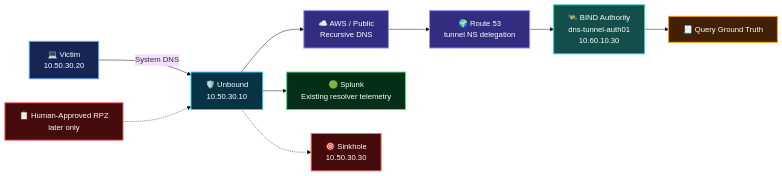
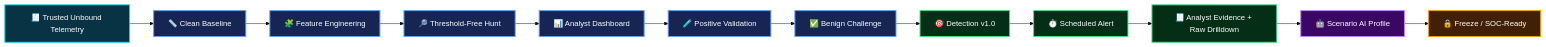
The diagram in README.md (DNSentinel-Lab/Scenario-04-DNS-Tunneling), drawn with Mermaid (base theme) before and after one commit. The commit also changed other lines of this file and 2 other files, not shown here.

Commit message:
docs(status): mark Scenario 04 SOC-ready

````diff
--- a/README.md
+++ b/README.md
@@ -93,27 +91,26 @@
 ```mermaid
 flowchart LR
-    V["💻 Victim<br/>10.50.30.20"] -->|System DNS| R["🛡️ Unbound<br/>10.50.30.10"]
-    R --> U["☁️ AWS / Public<br/>Recursive DNS"]
-    U --> D["🌍 Route 53<br/>tunnel NS delegation"]
-    D --> A["🛰️ BIND Authority<br/>dns-tunnel-auth01<br/>10.60.10.30"]
-    A --> G["🧾 Query Ground Truth"]
-    R --> S["🟢 Splunk<br/>Existing resolver telemetry"]
-    RPZ["📋 Human-Approved RPZ<br/>later only"] -.-> R
-    R -.-> H["🎯 Sinkhole<br/>10.50.30.30"]
+    T["🧾 Trusted Unbound Telemetry"] --> B["📏 Clean Baseline"]
+    B --> F["🧩 Feature Engineering"]
+    F --> H["🔎 Threshold-Free Hunt"]
+    H --> D["📊 Analyst Dashboard"]
+    D --> P["🧪 Positive Validation"]
+    P --> N["✅ Benign Challenge"]
+    N --> R["🎯 Detection v1.0"]
+    R --> A["⏱️ Scheduled Alert"]
+    A --> E["🧾 Analyst Evidence + Raw Drilldown"]
+    E --> AI["🤖 Scenario AI Profile"]
+    AI --> Z["🔒 Freeze / SOC-Ready"]
 
-    classDef endpoint fill:#172554,stroke:#60a5fa,stroke-width:2px,color:#fff;
-    classDef resolver fill:#083344,stroke:#22d3ee,stroke-width:2px,color:#fff;
-    classDef cloud fill:#312e81,stroke:#a78bfa,stroke-width:2px,color:#fff;
-    classDef auth fill:#134e4a,stroke:#2dd4bf,stroke-width:2px,color:#fff;
-    classDef evidence fill:#422006,stroke:#f59e0b,stroke-width:2px,color:#fff;
-    classDef splunk fill:#052e16,stroke:#4ade80,stroke-width:2px,color:#fff;
-    classDef response fill:#450a0a,stroke:#f87171,stroke-width:2px,color:#fff;
+    classDef dns fill:#083344,stroke:#22d3ee,stroke-width:2px,color:#fff;
+    classDef analysis fill:#172554,stroke:#60a5fa,stroke-width:2px,color:#fff;
+    classDef detect fill:#052e16,stroke:#4ade80,stroke-width:2px,color:#fff;
+    classDef ai fill:#3b0764,stroke:#c084fc,stroke-width:2px,color:#fff;
+    classDef freeze fill:#422006,stroke:#f59e0b,stroke-width:2px,color:#fff;
 
-    class V endpoint;
-    class R resolver;
-    class U,D cloud;
-    class A auth;
-    class G evidence;
-    class S splunk;
-    class RPZ,H response;
+    class T dns;
+    class B,F,H,D,P,N analysis;
+    class R,A,E detect;
+    class AI ai;
+    class Z freeze;
 ```
````
